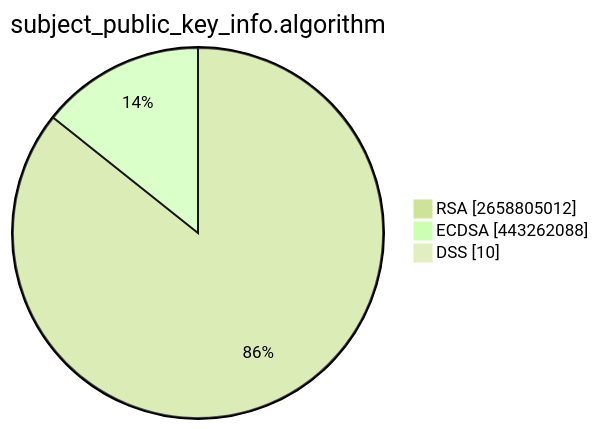
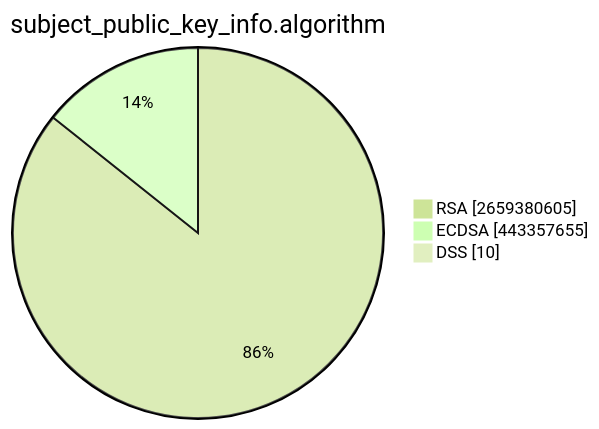
One commit to christiankrug/ctmonitor_visualization changed the second of 15 diagrams in TOTAL/README.md. Above: the diagram before and after it, drawn with Mermaid (forest theme). The commit also changed other lines of this file, not shown here.

````diff
--- a/TOTAL/README.md
+++ b/TOTAL/README.md
@@ -6,7 +6,7 @@
 ```mermaid
 pie showData
 title subject_public_key_info.algorithm
-"RSA" :2658805012
-"ECDSA" :443262088
+"RSA" :2659380605
+"ECDSA" :443357655
 "DSS" :10
 ```
````
